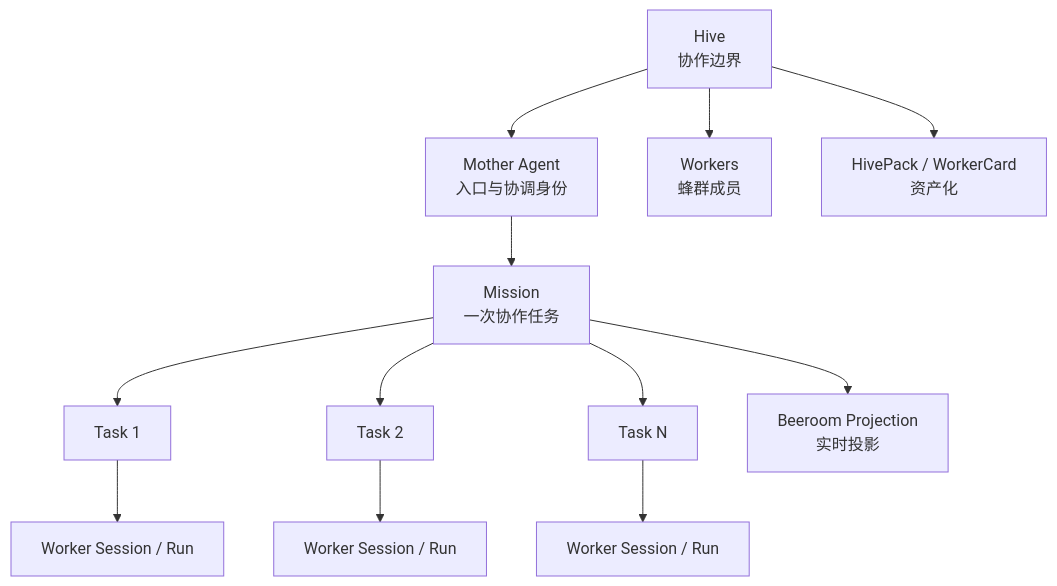
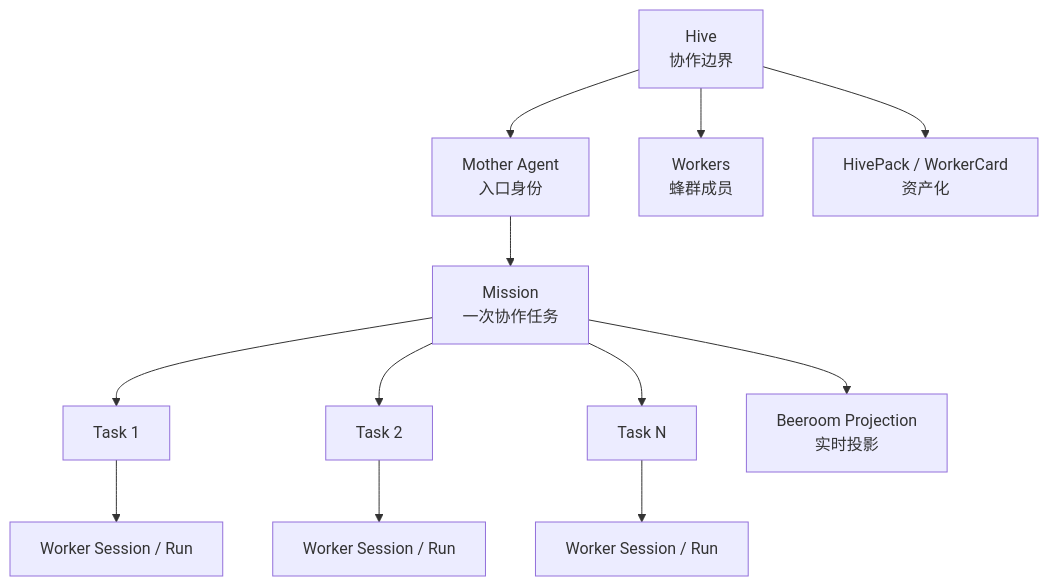
Before and after one commit to ylsdamxssjxxdd/wunder: the first of 4 diagrams in docs/设计文档/蜂群行为设计.md, drawn with Mermaid. The commit also changed other lines of this file and 8 other files, not shown here.

````diff
--- a/docs/设计文档/蜂群行为设计.md
+++ b/docs/设计文档/蜂群行为设计.md
@@ -21,14 +26,14 @@
 ```mermaid
 flowchart TD
-    A[Hive<br/>协作边界] --> B[Mother Agent<br/>入口与协调身份]
+    A[Hive<br/>协作边界] --> B[Mother Agent<br/>入口身份]
     A --> C[Workers<br/>蜂群成员]
     B --> D[Mission<br/>一次协作任务]
     D --> E[Task 1]
     D --> F[Task 2]
     D --> G[Task N]
     E --> H[Worker Session / Run]
     F --> I[Worker Session / Run]
     G --> J[Worker Session / Run]
     D --> K[Beeroom Projection<br/>实时投影]
     A --> L[HivePack / WorkerCard<br/>资产化]
 ```
````
